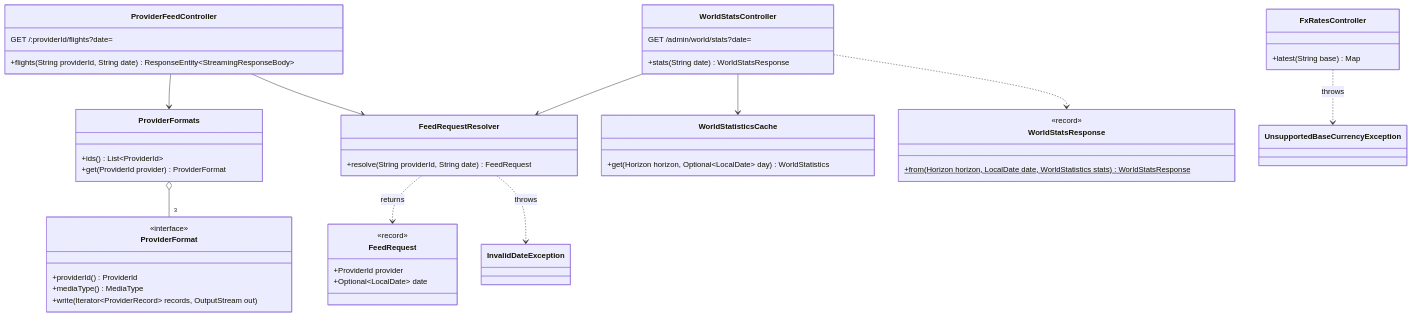
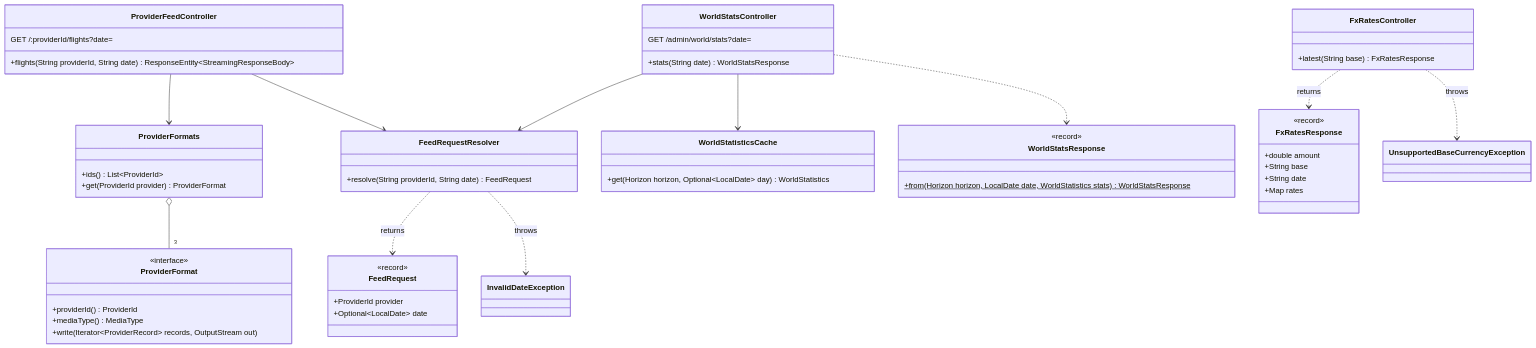
One commit to andresps980/flight-aggregator changed the first of 2 diagrams in docs/architecture/packages/gds-mock/inventory-infrastructure.md. Above: the diagram before and after it, drawn with Mermaid. The commit also changed 26 other files, not shown here.

Commit message:
fix: review findings for spec 008: FX attempt deadline and body cap, bounded rates, Beta document order, AC-14/AC-16 tests, stale-day FX test, docs and session record

````diff
--- a/docs/architecture/packages/gds-mock/inventory-infrastructure.md
+++ b/docs/architecture/packages/gds-mock/inventory-infrastructure.md
@@ -15,52 +15,60 @@
 ```mermaid
 classDiagram
     %% package: com.andresps.gdsmock.inventory.infrastructure.adapter.in.web
     class ProviderFeedController {
         GET /:providerId/flights?date=
         +flights(String providerId, String date) ResponseEntity~StreamingResponseBody~
     }
     class WorldStatsController {
         GET /admin/world/stats?date=
         +stats(String date) WorldStatsResponse
     }
     class ProviderFormat {
         <<interface>>
         +providerId() ProviderId
         +mediaType() MediaType
         +write(Iterator~ProviderRecord~ records, OutputStream out)
     }
     class ProviderFormats {
         +ids() List~ProviderId~
         +get(ProviderId provider) ProviderFormat
     }
     class FeedRequestResolver {
         +resolve(String providerId, String date) FeedRequest
     }
     class FeedRequest {
         <<record>>
         +ProviderId provider
         +Optional~LocalDate~ date
     }
     class WorldStatisticsCache {
         +get(Horizon horizon, Optional~LocalDate~ day) WorldStatistics
     }
     class WorldStatsResponse {
         <<record>>
         +from(Horizon horizon, LocalDate date, WorldStatistics stats)$ WorldStatsResponse
     }
     class InvalidDateException
     class FxRatesController {
-        +latest(String base) Map
+        +latest(String base) FxRatesResponse
+    }
+    class FxRatesResponse {
+        <<record>>
+        +double amount
+        +String base
+        +String date
+        +Map rates
     }
     class UnsupportedBaseCurrencyException
+    FxRatesController ..> FxRatesResponse : returns
     FxRatesController ..> UnsupportedBaseCurrencyException : throws
 
     ProviderFeedController --> ProviderFormats
     ProviderFeedController --> FeedRequestResolver
     ProviderFormats o-- "3" ProviderFormat
     FeedRequestResolver ..> FeedRequest : returns
     FeedRequestResolver ..> InvalidDateException : throws
     WorldStatsController --> WorldStatisticsCache
     WorldStatsController --> FeedRequestResolver
     WorldStatsController ..> WorldStatsResponse
 ```
````
